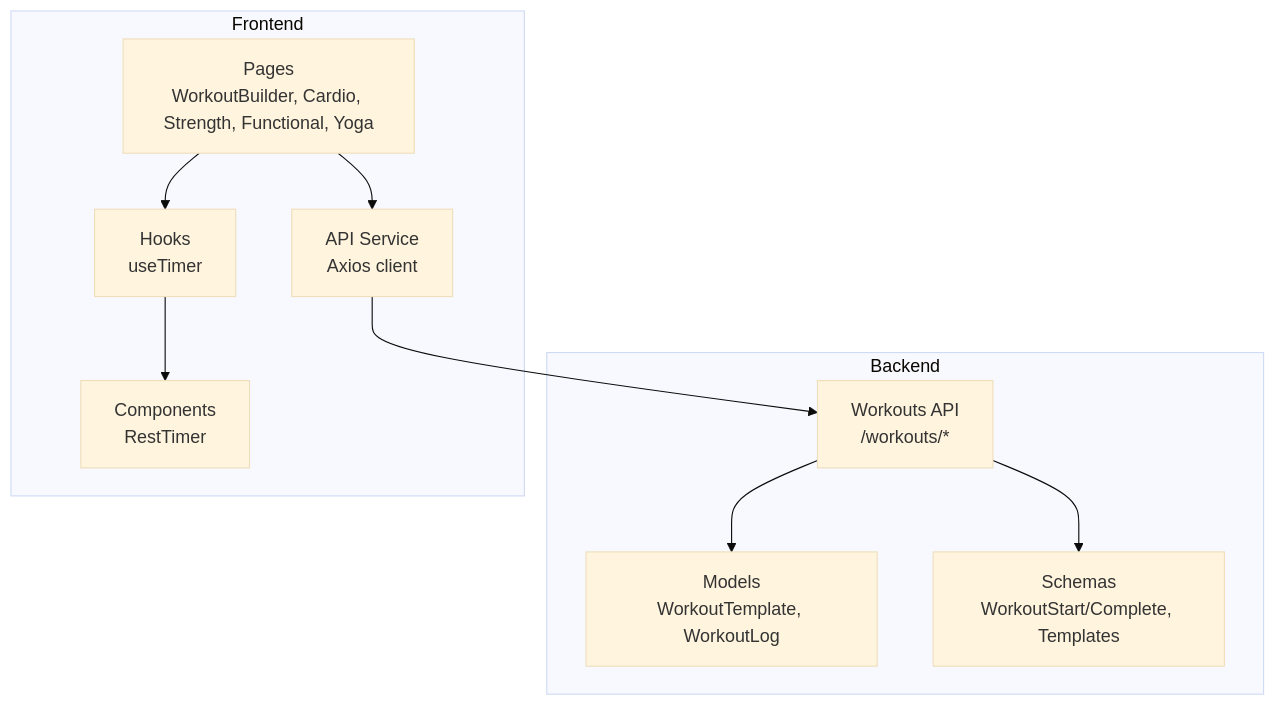
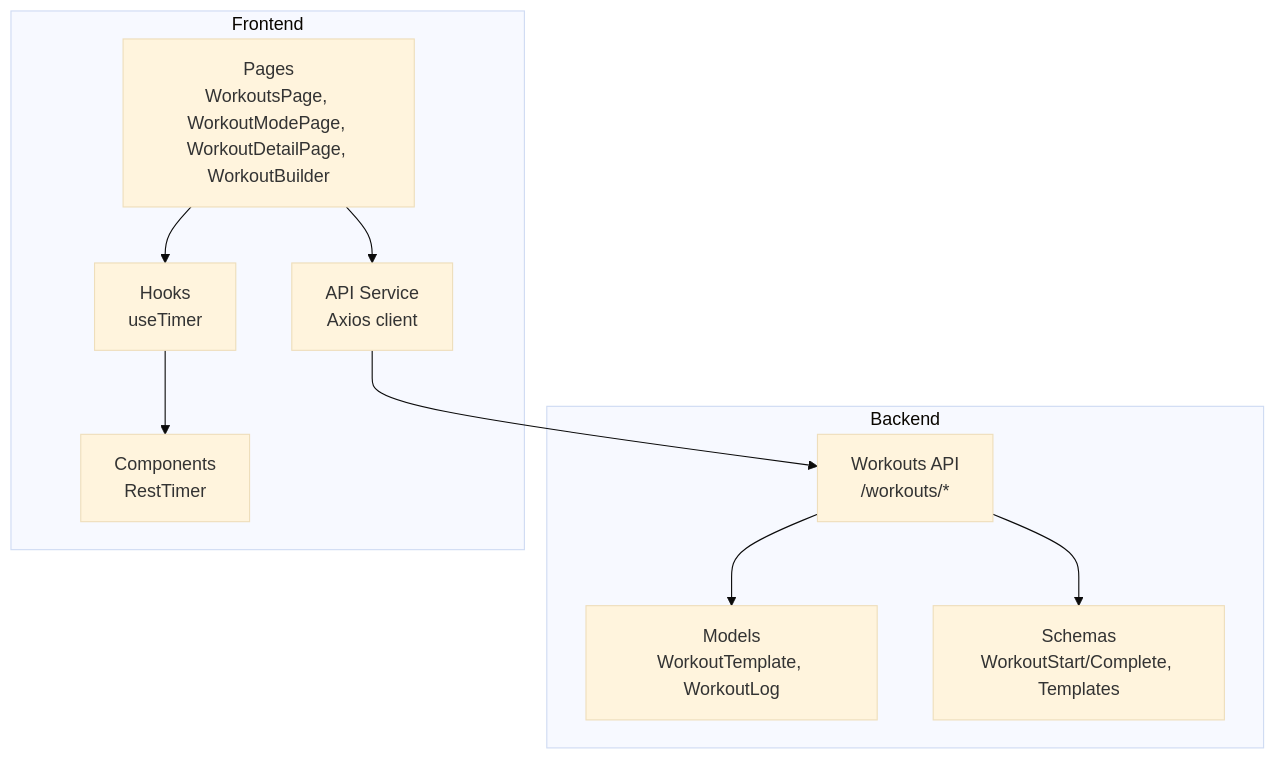
The first of 7 diagrams in .qoder/repowiki/en/content/Feature Implementation/Workout Tracking System/Workout Session Tracking.md (nilsnavi/fit_trackerpro), drawn with Mermaid (base theme) before and after one commit. The commit also changed other lines of this file and 10 other files, not shown here.

````diff
--- a/.qoder/repowiki/en/content/Feature Implementation/Workout Tracking System/Workout Session Tracking.md
+++ b/.qoder/repowiki/en/content/Feature Implementation/Workout Tracking System/Workout Session Tracking.md
@@ -40,20 +39,20 @@
 ```mermaid
 graph TB
 subgraph "Backend"
 API["Workouts API<br/>/workouts/*"]
 Models["Models<br/>WorkoutTemplate, WorkoutLog"]
 Schemas["Schemas<br/>WorkoutStart/Complete, Templates"]
 end
 subgraph "Frontend"
 Services["API Service<br/>Axios client"]
 Hooks["Hooks<br/>useTimer"]
 Components["Components<br/>RestTimer"]
-Pages["Pages<br/>WorkoutBuilder, Cardio, Strength, Functional, Yoga"]
+Pages["Pages<br/>WorkoutsPage, WorkoutModePage, WorkoutDetailPage, WorkoutBuilder"]
 end
 Pages --> Services
 Services --> API
 API --> Models
 API --> Schemas
 Hooks --> Components
 Pages --> Hooks
 ```
````
